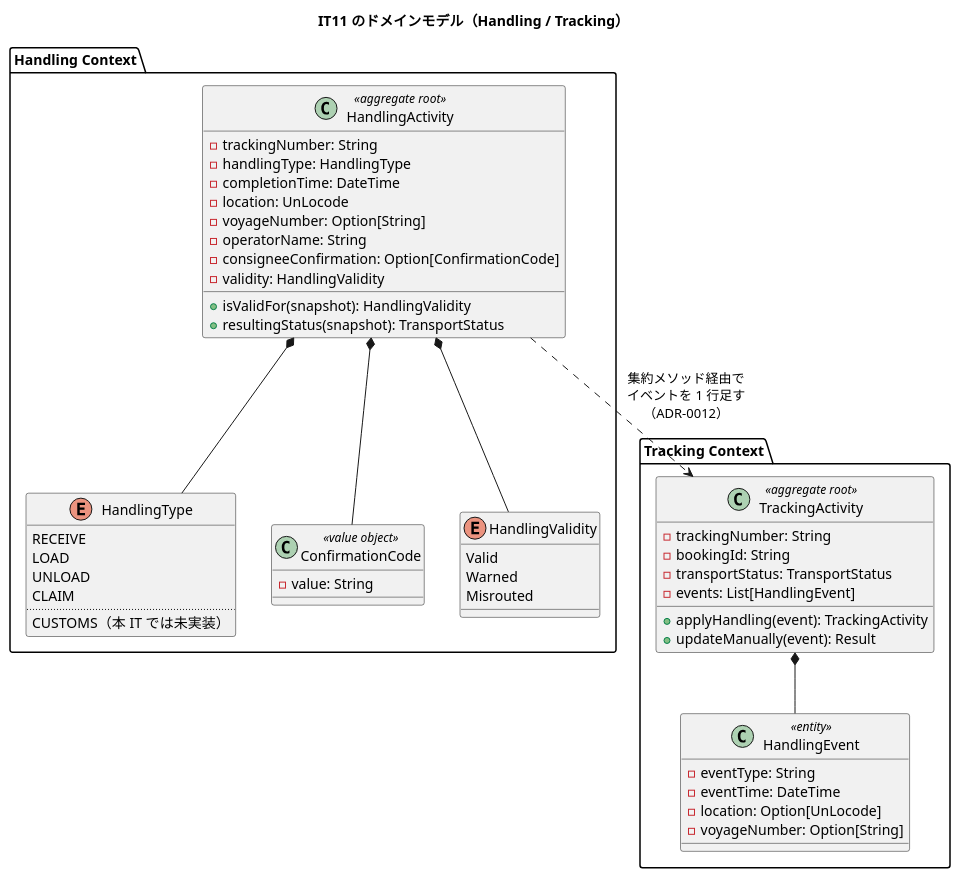
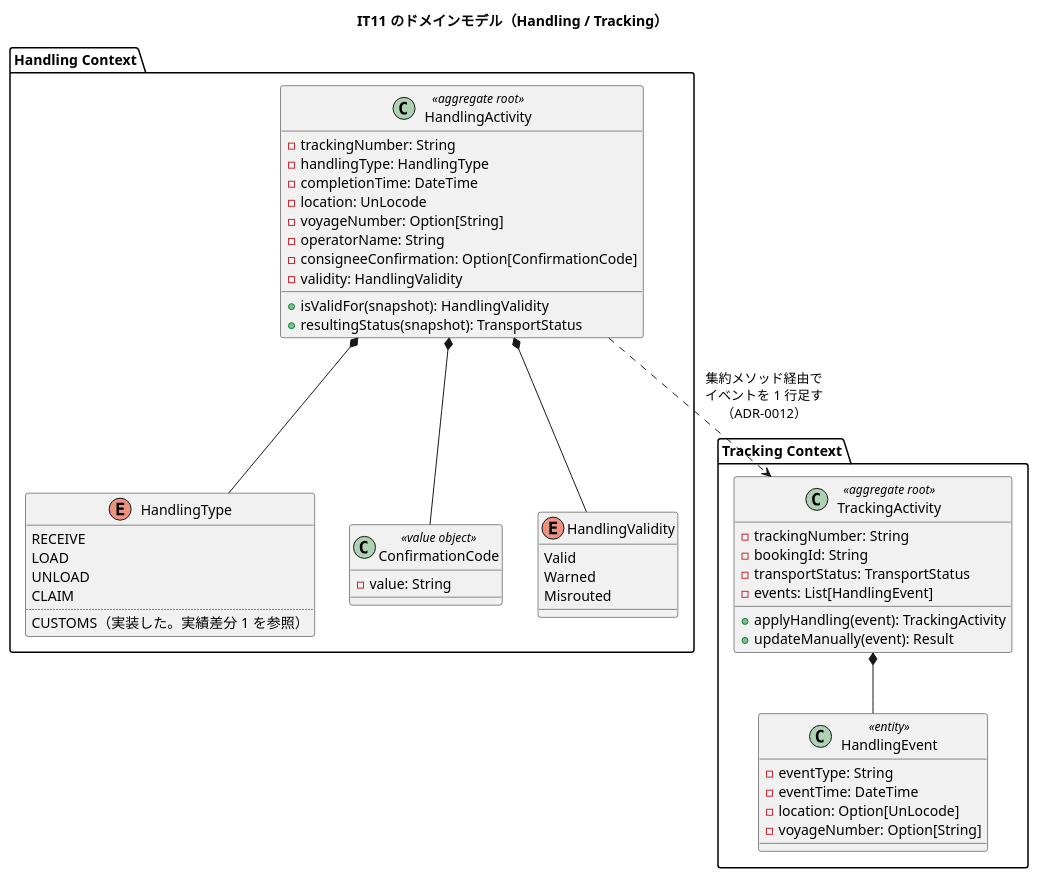
Before and after one commit to k2works/case-study-cargo-tracker: the first of 4 diagrams in docs/development/iteration_plan-11.md, drawn with PlantUML. The commit also changed other lines of this file and 25 other files, not shown here.

````diff
--- a/docs/development/iteration_plan-11.md
+++ b/docs/development/iteration_plan-11.md
@@ -240,60 +240,60 @@
 ```plantuml
 @startuml
 title IT11 のドメインモデル（Handling / Tracking）
 
 package "Handling Context" {
   class HandlingActivity <<aggregate root>> {
     - trackingNumber: String
     - handlingType: HandlingType
     - completionTime: DateTime
     - location: UnLocode
     - voyageNumber: Option[String]
     - operatorName: String
     - consigneeConfirmation: Option[ConfirmationCode]
     - validity: HandlingValidity
     + isValidFor(snapshot): HandlingValidity
     + resultingStatus(snapshot): TransportStatus
   }
   enum HandlingType {
     RECEIVE
     LOAD
     UNLOAD
     CLAIM
     ..
-    CUSTOMS（本 IT では未実装）
+    CUSTOMS（実装した。実績差分 1 を参照）
   }
   class ConfirmationCode <<value object>> {
     - value: String
   }
   enum HandlingValidity {
     Valid
     Warned
     Misrouted
   }
 }
 
 package "Tracking Context" {
   class TrackingActivity <<aggregate root>> {
     - trackingNumber: String
     - bookingId: String
     - transportStatus: TransportStatus
     - events: List[HandlingEvent]
     + applyHandling(event): TrackingActivity
     + updateManually(event): Result
   }
   class HandlingEvent <<entity>> {
     - eventType: String
     - eventTime: DateTime
     - location: Option[UnLocode]
     - voyageNumber: Option[String]
   }
 }
 
 HandlingActivity *-- HandlingType
 HandlingActivity *-- HandlingValidity
 HandlingActivity *-- ConfirmationCode
 TrackingActivity *-- HandlingEvent
 
 HandlingActivity ..> TrackingActivity : 集約メソッド経由で\nイベントを 1 行足す\n（ADR-0012）
 @enduml
 ```
````
